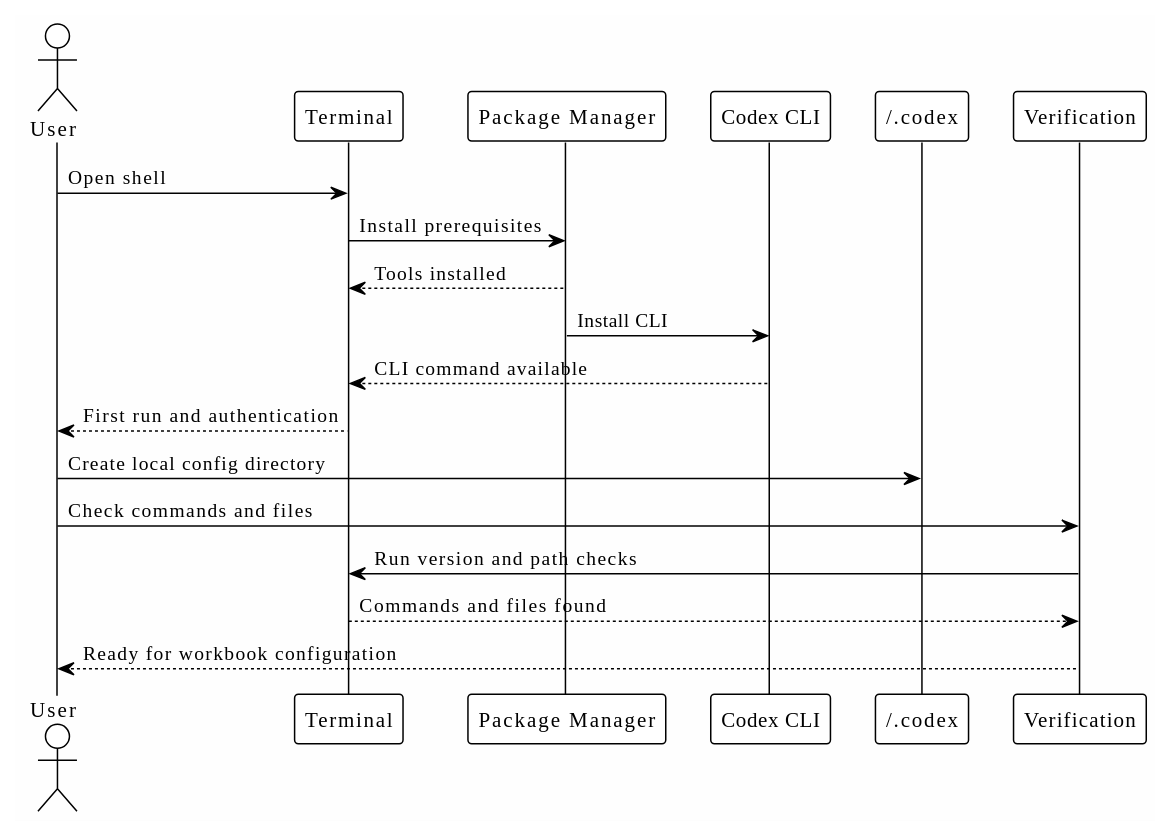
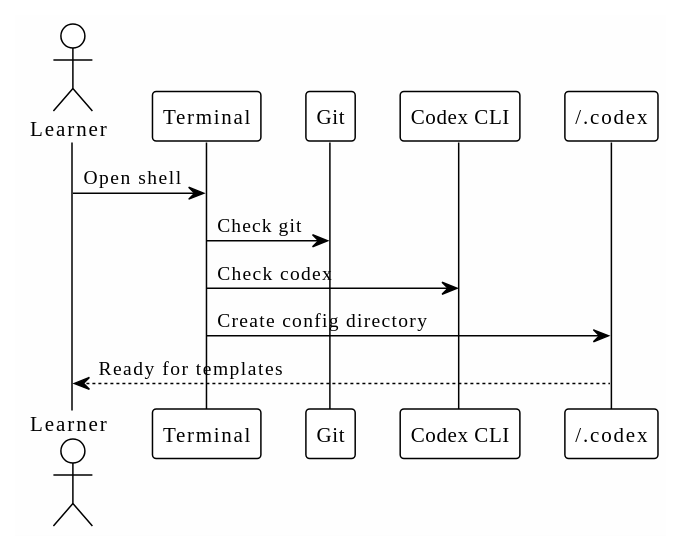
Before and after one commit to ivanhoinacki/codex-workflow-workbook: the diagram in docs/00-terminal-and-codex-cli.md, drawn with PlantUML. The commit also changed other lines of this file and 39 other files, not shown here.

````diff
--- a/docs/00-terminal-and-codex-cli.md
+++ b/docs/00-terminal-and-codex-cli.md
@@ -47,25 +58,18 @@
 ```plantuml
 @startuml
 !theme plain
 skinparam backgroundColor #FEFEFE
 
-actor User
+actor Learner
 participant Terminal
-participant "Package Manager" as Package
+participant Git
 participant "Codex CLI" as Codex
-participant "~/.codex" as ConfigDir
-participant Verification
+participant "~/.codex" as Home
 
-User -> Terminal: Open shell
-Terminal -> Package: Install prerequisites
-Package --> Terminal: Tools installed
-Package -> Codex: Install CLI
-Codex --> Terminal: CLI command available
-Terminal --> User: First run and authentication
-User -> ConfigDir: Create local config directory
-User -> Verification: Check commands and files
-Verification -> Terminal: Run version and path checks
-Terminal --> Verification: Commands and files found
-Verification --> User: Ready for workbook configuration
+Learner -> Terminal: Open shell
+Terminal -> Git: Check git
+Terminal -> Codex: Check codex
+Terminal -> Home: Create config directory
+Home --> Learner: Ready for templates
 @enduml
 ```
````
